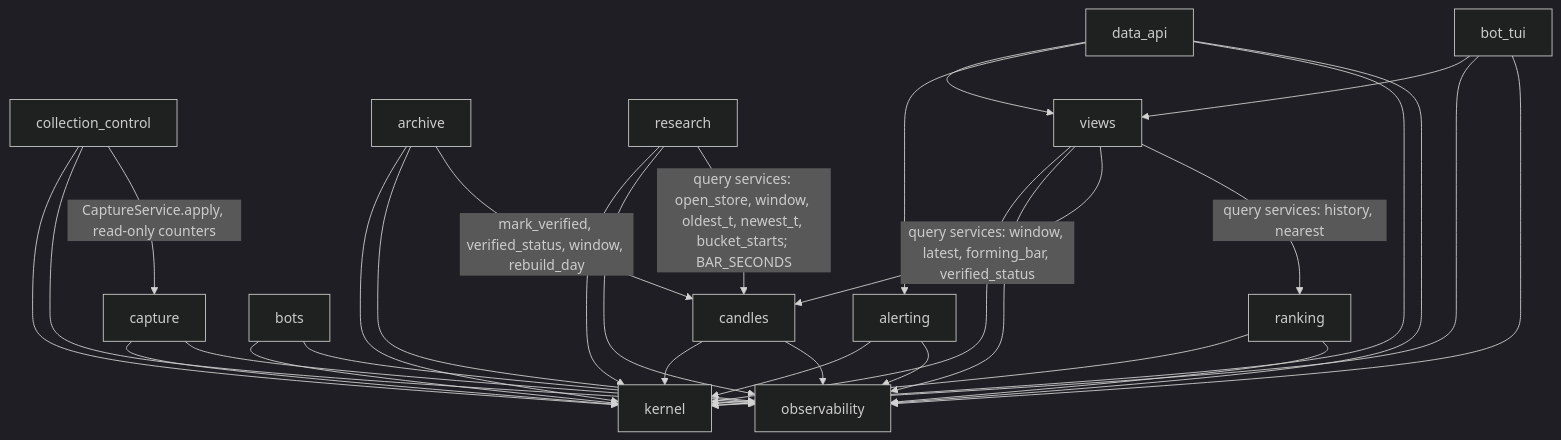
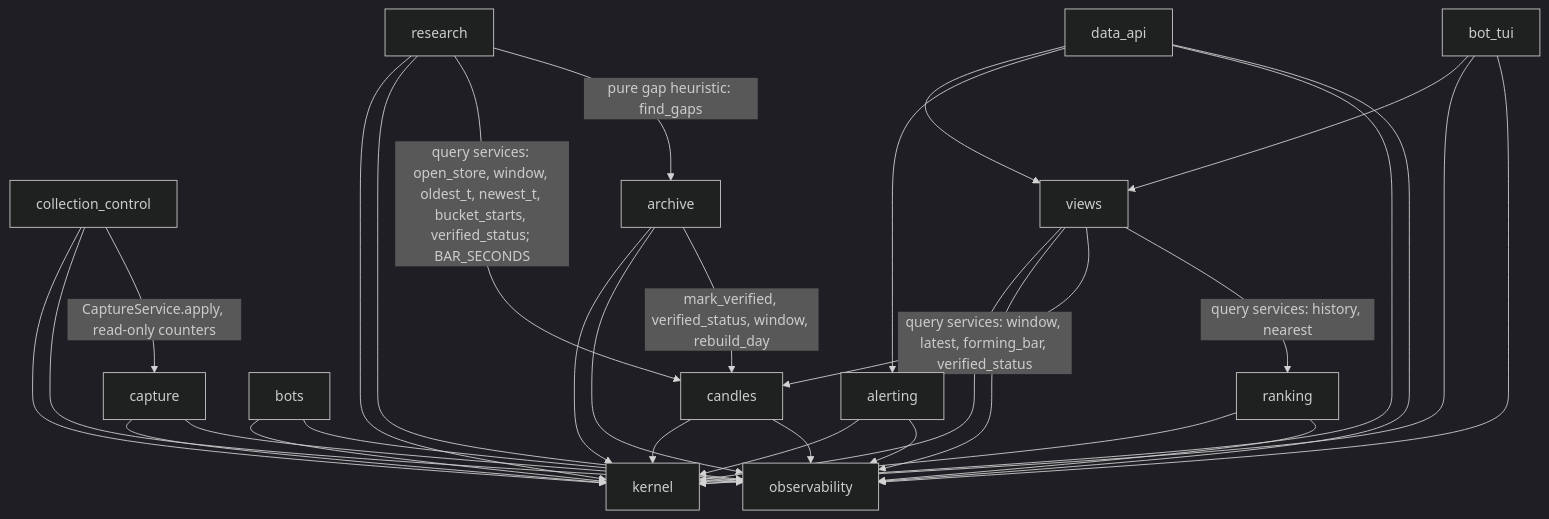
One commit to JeppeOEM/nautilus_trader_fork changed the second of 3 diagrams in _bmad-output/planning-artifacts/architecture/architecture-ddd-platform-2026-09-21/ARCHITECTURE-SPINE.md. Above: the diagram before and after it, drawn with Mermaid (dark theme). The commit also changed other lines of this file and 29 other files, not shown here.

````diff
--- a/_bmad-output/planning-artifacts/architecture/architecture-ddd-platform-2026-09-21/ARCHITECTURE-SPINE.md
+++ b/_bmad-output/planning-artifacts/architecture/architecture-ddd-platform-2026-09-21/ARCHITECTURE-SPINE.md
@@ -170,35 +170,36 @@
 ```mermaid
 graph TD
     OBS[observability]
     K[kernel]
     CAP[capture] --> K
     CAP --> OBS
     CC[collection_control] --> K
     CC --> OBS
     CC -->|CaptureService.apply, read-only counters| CAP
     ARC[archive] --> K
     ARC --> OBS
     ARC -->|mark_verified, verified_status, window, rebuild_day| CAN[candles]
     CAN --> K
     CAN --> OBS
     RK[ranking] --> K
     RK --> OBS
     B[bots] --> K
     B --> OBS
     AL[alerting] --> K
     AL --> OBS
     RS[research] --> K
     RS --> OBS
-    RS -->|query services: open_store, window, oldest_t, newest_t, bucket_starts; BAR_SECONDS| CAN
+    RS -->|query services: open_store, window, oldest_t, newest_t, bucket_starts, verified_status; BAR_SECONDS| CAN
+    RS -->|pure gap heuristic: find_gaps| ARC
     V[views] --> K
     V --> OBS
     V -->|query services: window, latest, forming_bar, verified_status| CAN
     V -->|query services: history, nearest| RK
     API[data_api] --> V
     API --> AL
     API --> K
     API --> OBS
     TUI[bot_tui] --> V
     TUI --> K
     TUI --> OBS
 ```
````
